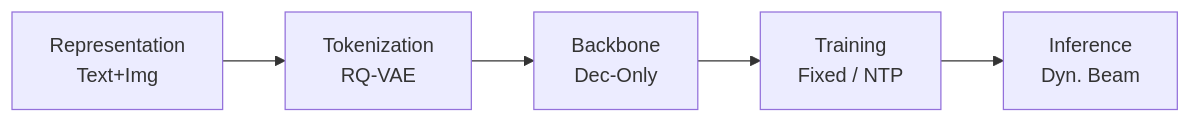
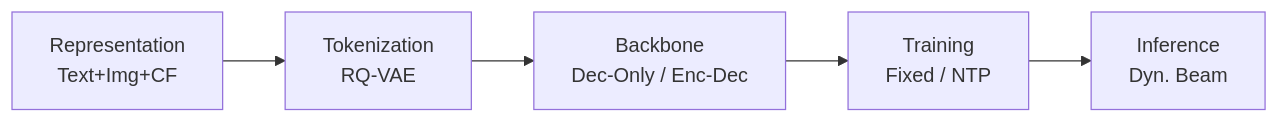
Before and after one commit to Galaxy-ghost/Awesome-SID-Generative-Rec: the first of 3 diagrams in pages/papers/forge.md, drawn with Mermaid. The commit also changed other lines of this file and 18 other files, not shown here.

````diff
--- a/pages/papers/forge.md
+++ b/pages/papers/forge.md
@@ -11,4 +11,4 @@
 ```mermaid
 flowchart LR
-    R["Representation<br/>Text+Img"] --> T["Tokenization<br/>RQ-VAE"] --> B["Backbone<br/>Dec-Only"] --> TR["Training<br/>Fixed / NTP"] --> I["Inference<br/>Dyn. Beam"]
+    R["Representation<br/>Text+Img+CF"] --> T["Tokenization<br/>RQ-VAE"] --> B["Backbone<br/>Dec-Only / Enc-Dec"] --> TR["Training<br/>Fixed / NTP"] --> I["Inference<br/>Dyn. Beam"]
 ```
````
